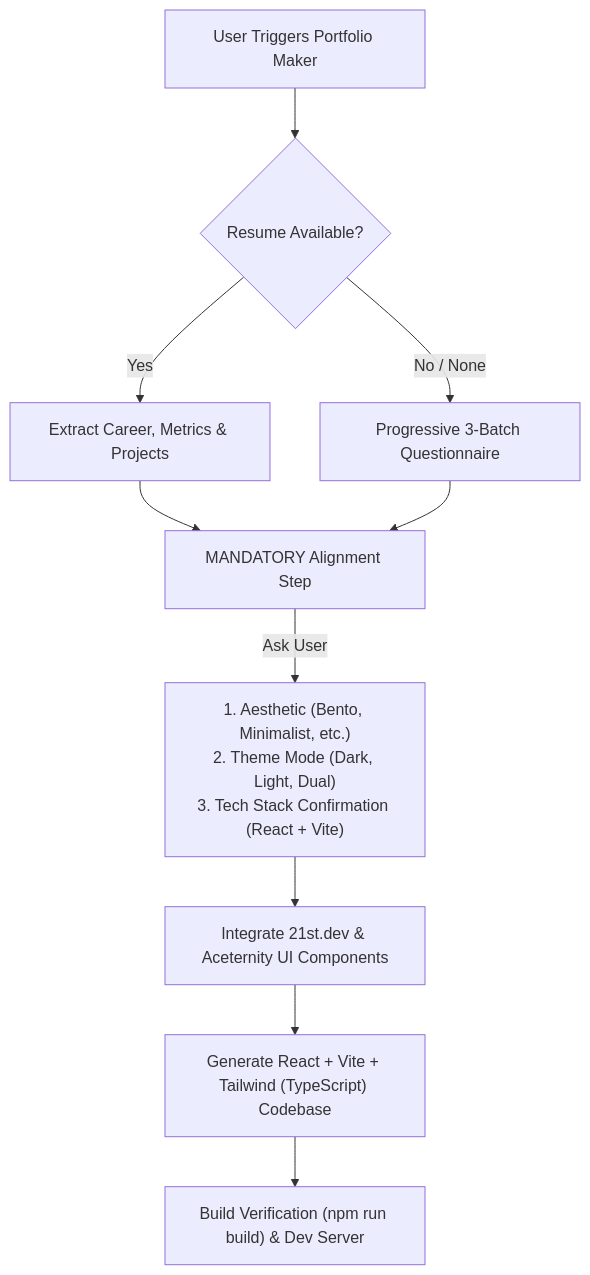
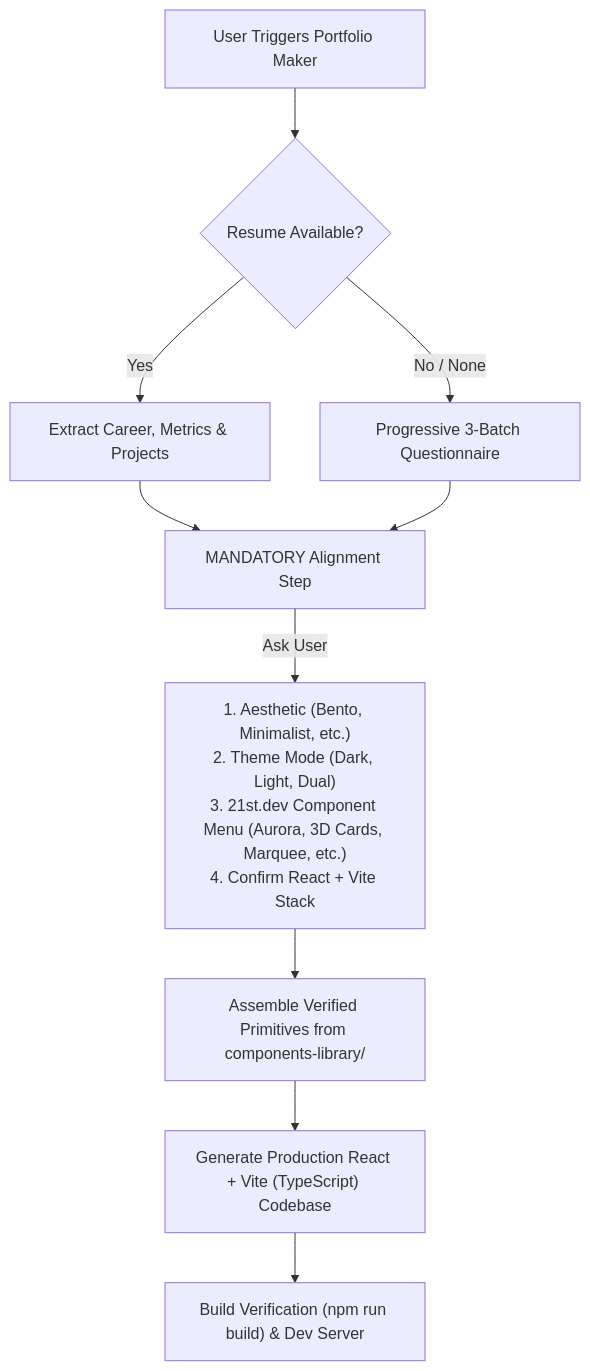
One commit to NaitikGrover/portfolio-maker changed the diagram in README.md. Above: the diagram before and after it, drawn with Mermaid. The commit also changed other lines of this file and 17 other files, not shown here.

````diff
--- a/README.md
+++ b/README.md
@@ -34,12 +55,12 @@
 ```mermaid
 flowchart TD
     A["User Triggers Portfolio Maker"] --> B{"Resume Available?"}
     B -- Yes --> C["Extract Career, Metrics & Projects"]
     B -- No / None --> D["Progressive 3-Batch Questionnaire"]
     C --> E["MANDATORY Alignment Step"]
     D --> E
-    E -->|Ask User| F["1. Aesthetic (Bento, Minimalist, etc.)\n2. Theme Mode (Dark, Light, Dual)\n3. Tech Stack Confirmation (React + Vite)"]
-    F --> G["Integrate 21st.dev & Aceternity UI Components"]
-    G --> H["Generate React + Vite + Tailwind (TypeScript) Codebase"]
+    E -->|Ask User| F["1. Aesthetic (Bento, Minimalist, etc.)\n2. Theme Mode (Dark, Light, Dual)\n3. 21st.dev Component Menu (Aurora, 3D Cards, Marquee, etc.)\n4. Confirm React + Vite Stack"]
+    F --> G["Assemble Verified Primitives from components-library/"]
+    G --> H["Generate Production React + Vite (TypeScript) Codebase"]
     H --> I["Build Verification (npm run build) & Dev Server"]
 ```
````
